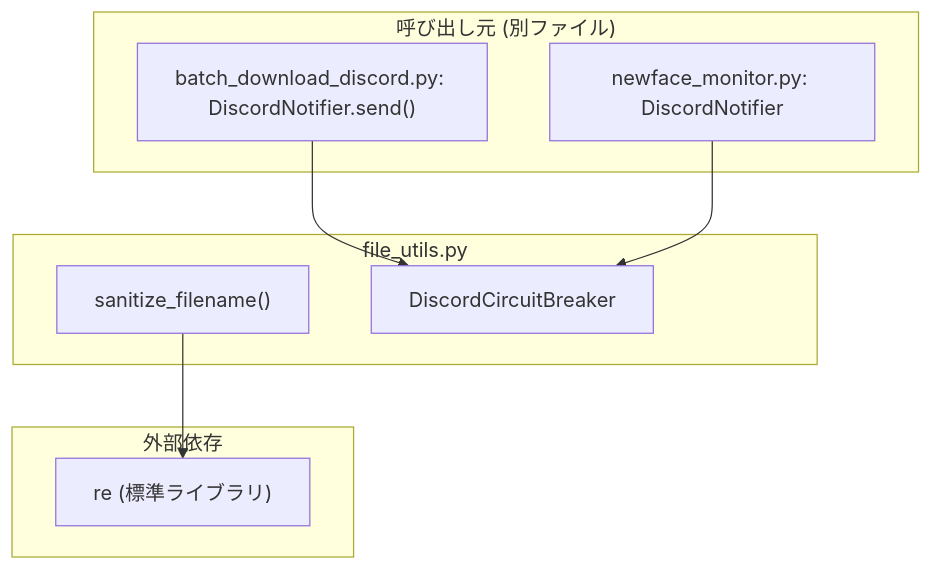
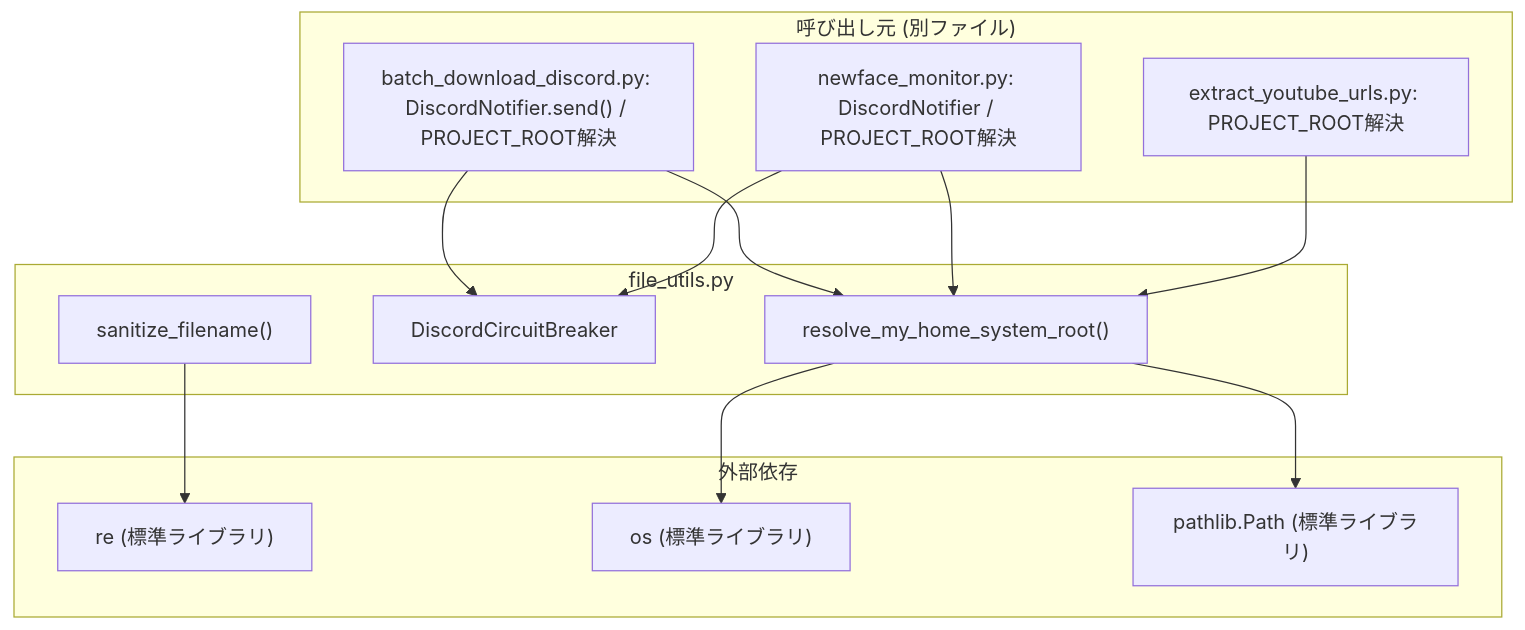
Before and after one commit to mmtigers/my_python_project: the fourth of 4 diagrams in docs/specifications/DDD/file_utils.md, drawn with Mermaid. The commit also changed other lines of this file and 70 other files, not shown here.

````diff
--- a/docs/specifications/DDD/file_utils.md
+++ b/docs/specifications/DDD/file_utils.md
@@ -119,20 +157,29 @@
 ```mermaid
 graph TD
     subgraph "file_utils.py"
         sanitize_filename["sanitize_filename()"]
         DiscordCircuitBreaker["DiscordCircuitBreaker"]
+        resolve_my_home_system_root["resolve_my_home_system_root()"]
     end
 
     subgraph "外部依存"
         re_mod["re (標準ライブラリ)"]
+        os_mod["os (標準ライブラリ)"]
+        pathlib_mod["pathlib.Path (標準ライブラリ)"]
     end
 
     subgraph "呼び出し元 (別ファイル)"
-        batch_dl["batch_download_discord.py: DiscordNotifier.send()"]
-        newface["newface_monitor.py: DiscordNotifier"]
+        batch_dl["batch_download_discord.py: DiscordNotifier.send() / PROJECT_ROOT解決"]
+        newface["newface_monitor.py: DiscordNotifier / PROJECT_ROOT解決"]
+        extract_urls["extract_youtube_urls.py: PROJECT_ROOT解決"]
     end
 
     sanitize_filename --> re_mod
+    resolve_my_home_system_root --> os_mod
+    resolve_my_home_system_root --> pathlib_mod
     batch_dl --> DiscordCircuitBreaker
+    batch_dl --> resolve_my_home_system_root
     newface --> DiscordCircuitBreaker
+    newface --> resolve_my_home_system_root
+    extract_urls --> resolve_my_home_system_root
 ```
````
